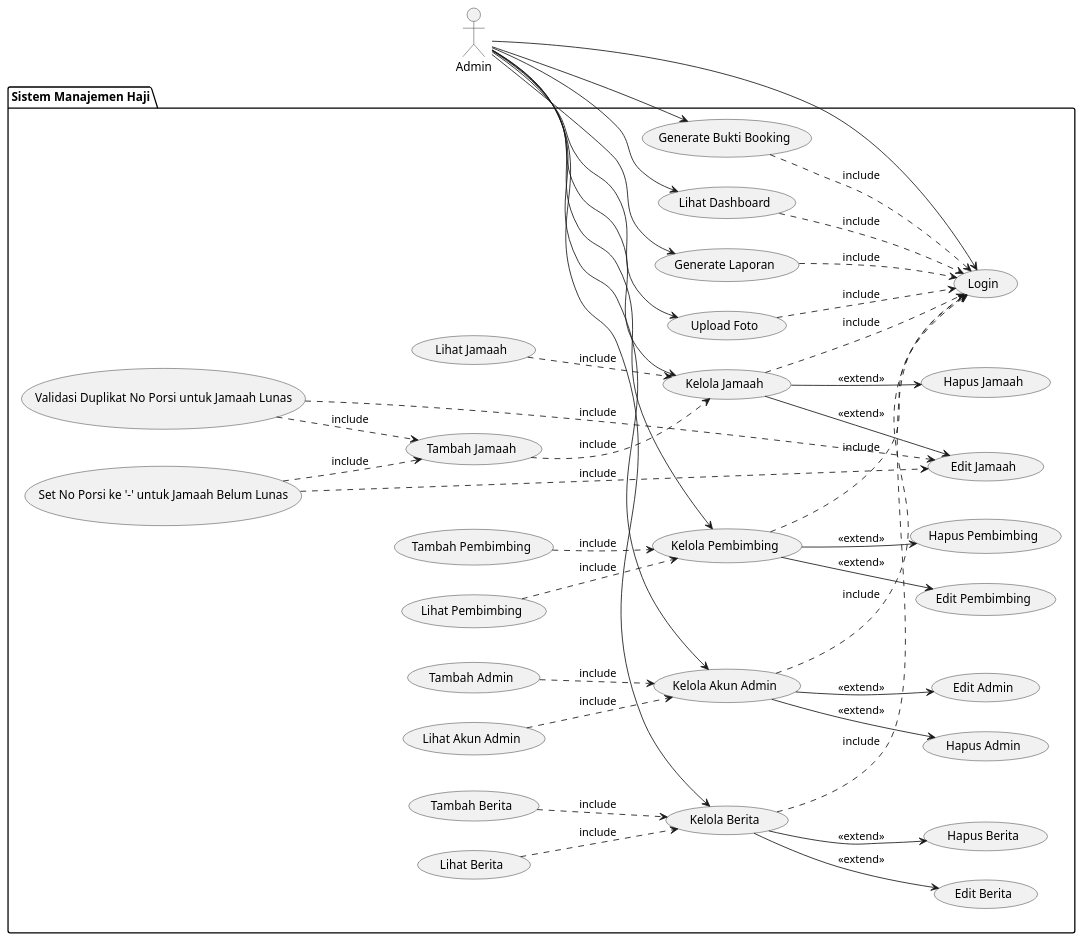
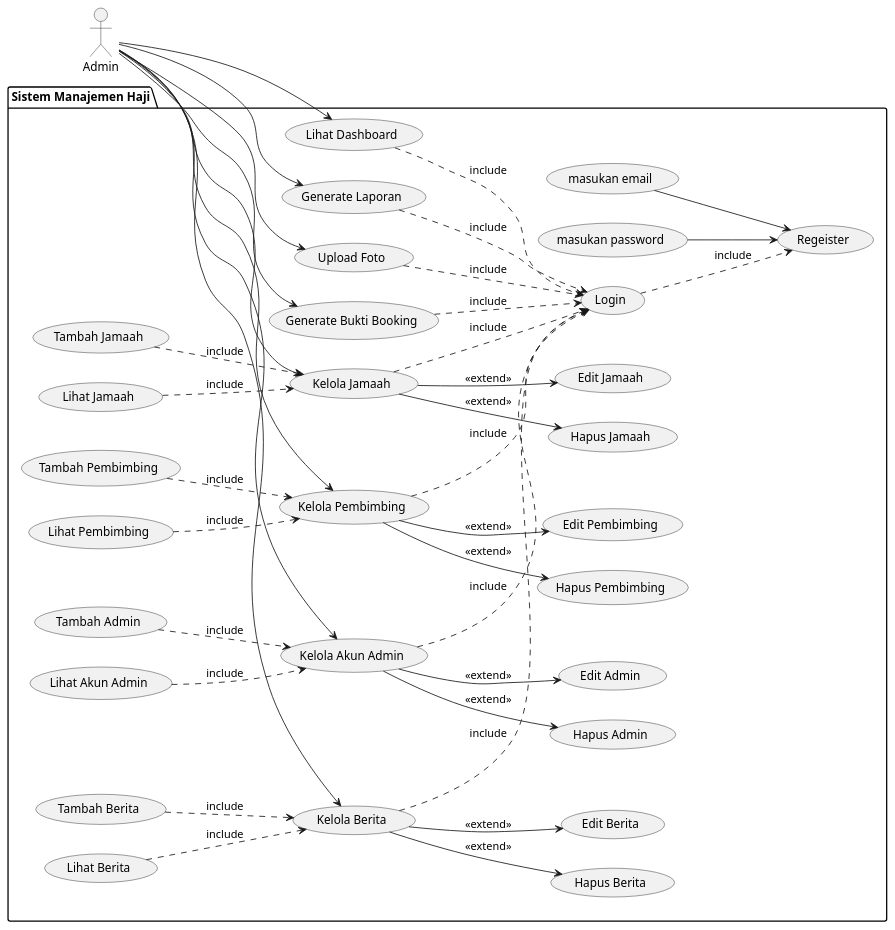
The diagram in komponen/use_case_diagram_admin.puml (fauzirahayu/uzicom), drawn with PlantUML before and after one commit. The commit also changed 5 other files, not shown here.

```diff
--- a/komponen/use_case_diagram_admin.puml
+++ b/komponen/use_case_diagram_admin.puml
@@ -1,96 +1,96 @@
 @startuml
 left to right direction
 
 actor "Admin" as Admin
 
 package "Sistem Manajemen Haji" {
     ' Authentication
     usecase "Login" as UC1
+    usecase "Regeister" as UC2
+    usecase "masukan email" as UC40
+    usecase "masukan password" as UC41
 
     ' Dashboard
     usecase "Lihat Dashboard" as UC3
 
     ' Jamaah Management
     usecase "Kelola Jamaah" as UC4
     usecase "Tambah Jamaah" as UC5
     usecase "Edit Jamaah" as UC6
     usecase "Hapus Jamaah" as UC7
     usecase "Lihat Jamaah" as UC8
-    usecase "Validasi Duplikat No Porsi untuk Jamaah Lunas" as UC36
-    usecase "Set No Porsi ke '-' untuk Jamaah Belum Lunas" as UC37
 
     ' Pembimbing Management
     usecase "Kelola Pembimbing" as UC9
     usecase "Tambah Pembimbing" as UC10
     usecase "Edit Pembimbing" as UC11
     usecase "Hapus Pembimbing" as UC12
     usecase "Lihat Pembimbing" as UC13
 
     ' Admin Account Management
     usecase "Kelola Akun Admin" as UC14
     usecase "Tambah Admin" as UC15
     usecase "Edit Admin" as UC16
     usecase "Hapus Admin" as UC17
     usecase "Lihat Akun Admin" as UC18
 
     ' News Management
     usecase "Kelola Berita" as UC24
     usecase "Tambah Berita" as UC25
     usecase "Edit Berita" as UC26
     usecase "Hapus Berita" as UC27
     usecase "Lihat Berita" as UC28
 
     ' Reports and Uploads
     usecase "Generate Laporan" as UC29
     usecase "Upload Foto" as UC34
     usecase "Generate Bukti Booking" as UC35
 
     ' Includes and Extends
+    UC1 ..> UC2 : include
+    UC40 --> UC2
+    UC41 --> UC2
     UC3 ..> UC1 : include
     UC4 ..> UC1 : include
     UC9 ..> UC1 : include
     UC14 ..> UC1 : include
     UC24 ..> UC1 : include
     UC29 ..> UC1 : include
     UC34 ..> UC1 : include
     UC35 ..> UC1 : include
 
     UC5 ..> UC4 : include
     UC8 ..> UC4 : include
     UC4 --> UC6 : <<extend>>
     UC4 --> UC7 : <<extend>>
-    UC36 ..> UC5 : include
-    UC37 ..> UC5 : include
-    UC36 ..> UC6 : include
-    UC37 ..> UC6 : include
 
     UC10 ..> UC9 : include
     UC13 ..> UC9 : include
     UC9 --> UC11 : <<extend>>
     UC9 --> UC12 : <<extend>>
 
     UC15 ..> UC14 : include
     UC18 ..> UC14 : include
     UC14 --> UC16 : <<extend>>
     UC14 --> UC17 : <<extend>>
 
     UC25 ..> UC24 : include
     UC28 ..> UC24 : include
     UC24 --> UC26 : <<extend>>
     UC24 --> UC27 : <<extend>>
 }
 
 '
 ' Admin relations
 '
-Admin --> UC1
+
 Admin --> UC3
 Admin --> UC4
 Admin --> UC9
 Admin --> UC14
 Admin --> UC24
 Admin --> UC29
 Admin --> UC34
 Admin --> UC35
 
 @enduml
```
